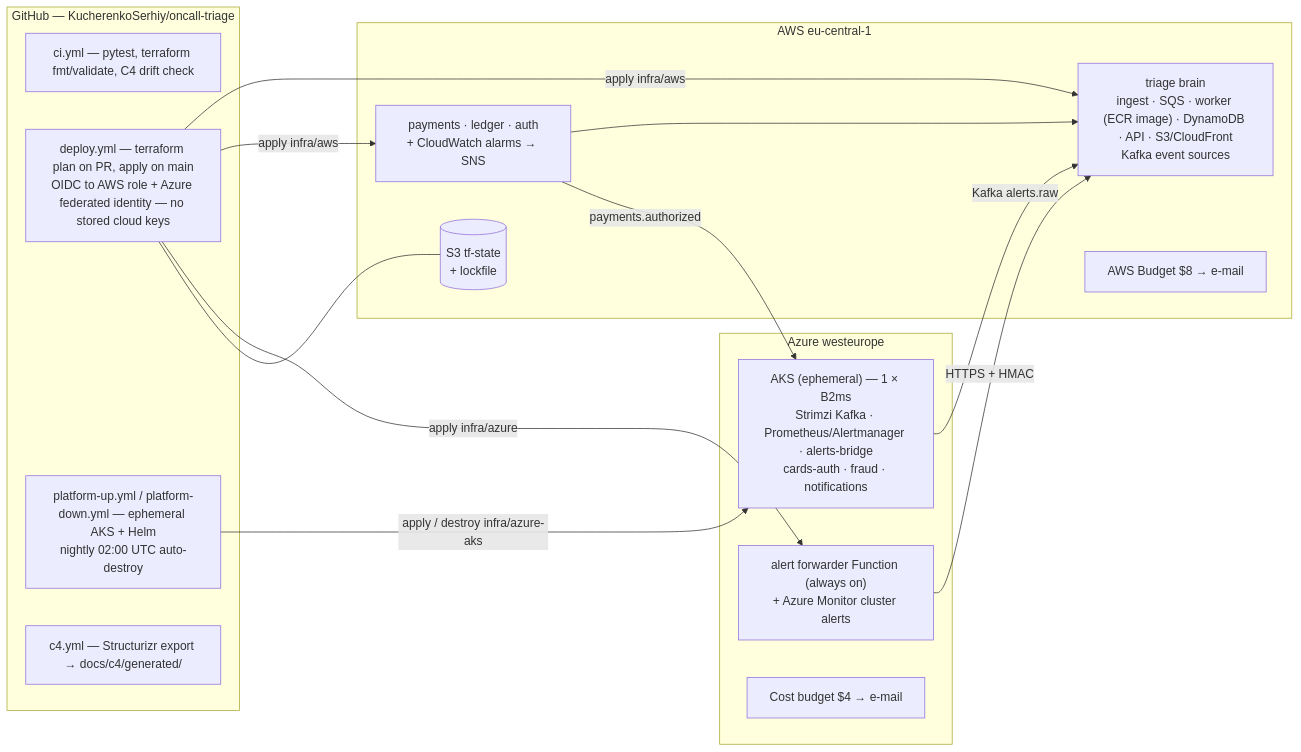
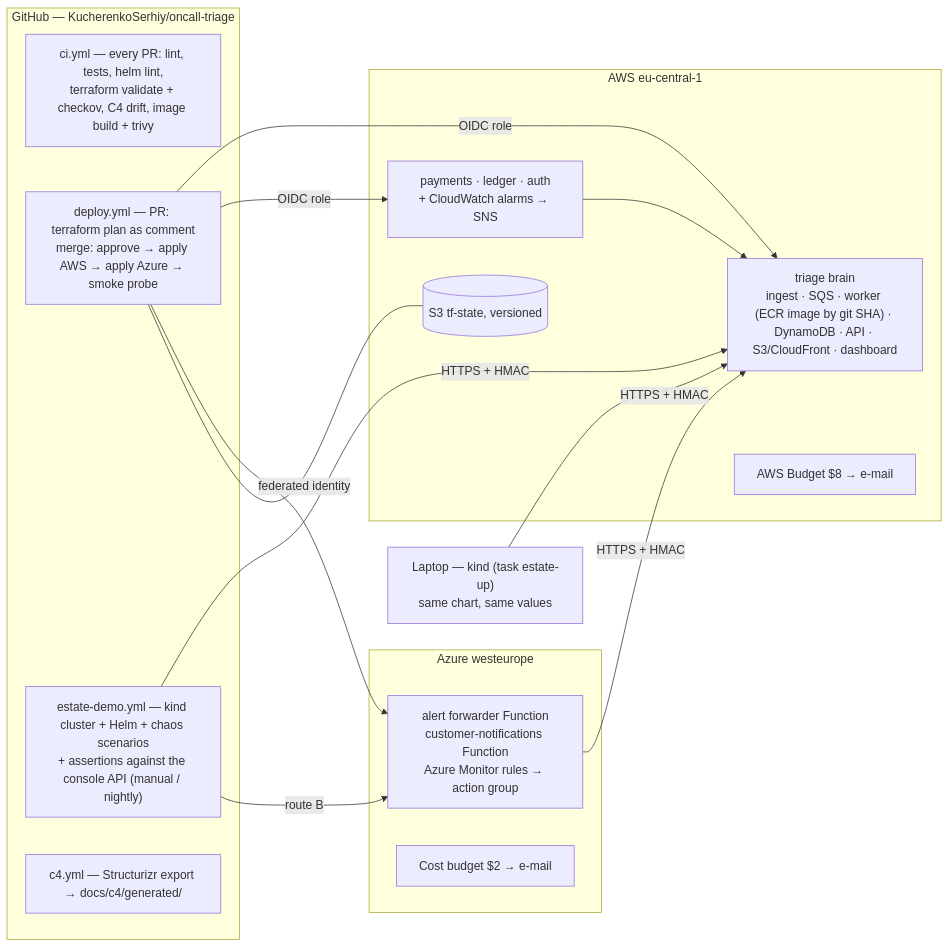
One commit to KucherenkoSerhiy/oncall-triage changed the fourth of 5 diagrams in docs/DESIGN.md. Above: the diagram before and after it, drawn with Mermaid. The commit also changed other lines of this file, not shown here.

First line of the commit message:
docs: design v2 - Kubernetes estate on kind (laptop + GitHub Actions), pipelines section, the-20% summary

````diff
--- a/docs/DESIGN.md
+++ b/docs/DESIGN.md
@@ -228,28 +267,28 @@
 ```mermaid
 flowchart LR
   subgraph GH["GitHub — KucherenkoSerhiy/oncall-triage"]
-    CI["ci.yml — pytest, terraform fmt/validate, C4 drift check"]
-    CD["deploy.yml — terraform plan on PR, apply on main<br/>OIDC to AWS role + Azure federated identity — no stored cloud keys"]
-    PU["platform-up.yml / platform-down.yml — ephemeral AKS + Helm<br/>nightly 02:00 UTC auto-destroy"]
+    CI["ci.yml — every PR: lint, tests, helm lint,<br/>terraform validate + checkov, C4 drift, image build + trivy"]
+    CD["deploy.yml — PR: terraform plan as comment<br/>merge: approve → apply AWS → apply Azure → smoke probe"]
+    DEMO["estate-demo.yml — kind cluster + Helm + chaos scenarios<br/>+ assertions against the console API (manual / nightly)"]
     C4["c4.yml — Structurizr export → docs/c4/generated/"]
   end
   subgraph AWS["AWS eu-central-1"]
-    TFS[("S3 tf-state<br/>+ lockfile")]
-    BRAIN["triage brain<br/>ingest · SQS · worker (ECR image) · DynamoDB · API · S3/CloudFront<br/>Kafka event sources"]
+    TFS[("S3 tf-state, versioned")]
+    BRAIN["triage brain<br/>ingest · SQS · worker (ECR image by git SHA) · DynamoDB · API · S3/CloudFront · dashboard"]
     SVCA["payments · ledger · auth<br/>+ CloudWatch alarms → SNS"]
     BUD["AWS Budget $8 → e-mail"]
   end
   subgraph AZ["Azure westeurope"]
-    AKS["AKS (ephemeral) — 1 × B2ms<br/>Strimzi Kafka · Prometheus/Alertmanager · alerts-bridge<br/>cards-auth · fraud · notifications"]
-    FWD["alert forwarder Function (always on)<br/>+ Azure Monitor cluster alerts"]
-    BUDZ["Cost budget $4 → e-mail"]
+    FWD["alert forwarder Function<br/>customer-notifications Function<br/>Azure Monitor rules → action group"]
+    BUDZ["Cost budget $2 → e-mail"]
   end
-  CD -->|apply infra/aws| BRAIN & SVCA
-  CD -->|apply infra/azure| FWD
-  PU -->|apply / destroy infra/azure-aks| AKS
+  LAP["Laptop — kind (task estate-up)<br/>same chart, same values"]
+  CD -->|OIDC role| BRAIN & SVCA
+  CD -->|federated identity| FWD
   CD --- TFS
-  AKS -->|Kafka alerts.raw| BRAIN
+  DEMO -->|HTTPS + HMAC| BRAIN
+  DEMO -->|route B| FWD
+  LAP -->|HTTPS + HMAC| BRAIN
   FWD -->|HTTPS + HMAC| BRAIN
   SVCA --> BRAIN
-  SVCA -->|payments.authorized| AKS
 ```
````
